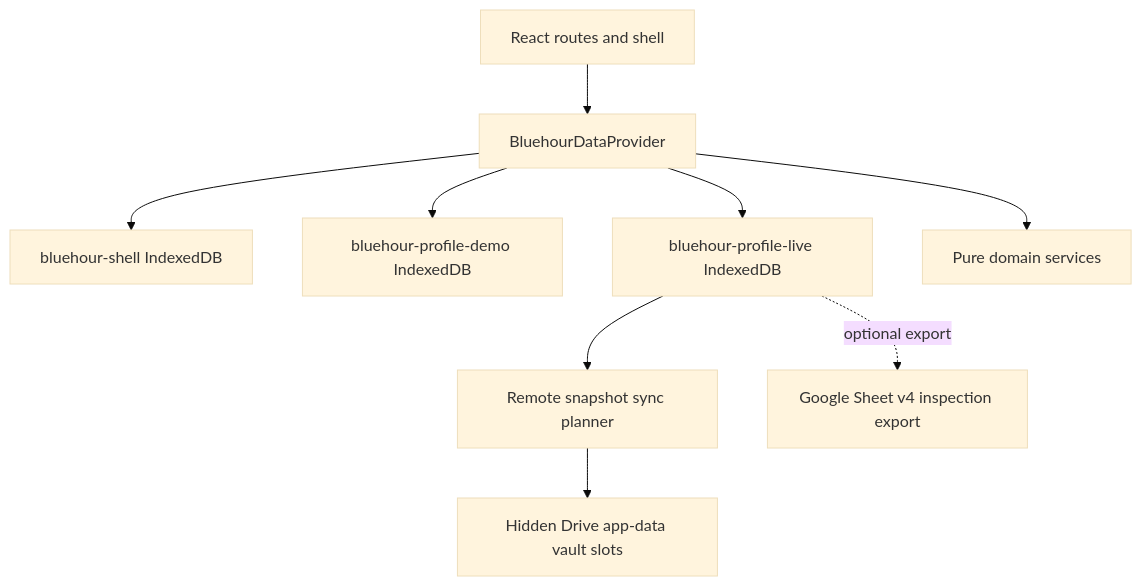
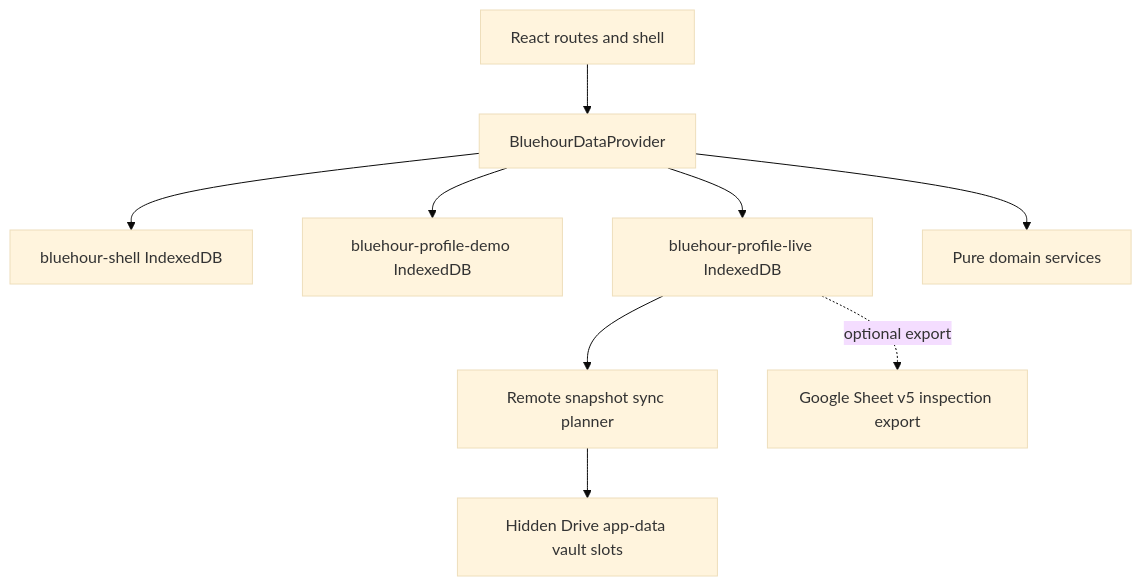
One commit to datojulien/bluehour changed the diagram in docs/ARCHITECTURE.md. Above: the diagram before and after it, drawn with Mermaid (base theme). The commit also changed other lines of this file and 56 other files, not shown here.

````diff
--- a/docs/ARCHITECTURE.md
+++ b/docs/ARCHITECTURE.md
@@ -5,11 +5,11 @@
 ```mermaid
 flowchart TD
   UI[React routes and shell] --> Provider[BluehourDataProvider]
   Provider --> ShellDB[bluehour-shell IndexedDB]
   Provider --> DemoDB[bluehour-profile-demo IndexedDB]
   Provider --> LiveDB[bluehour-profile-live IndexedDB]
   LiveDB --> Sync[Remote snapshot sync planner]
   Sync --> Drive[Hidden Drive app-data vault slots]
-  LiveDB -. optional export .-> Sheets[Google Sheet v4 inspection export]
+  LiveDB -. optional export .-> Sheets[Google Sheet v5 inspection export]
   Provider --> Domain[Pure domain services]
 ```
````
